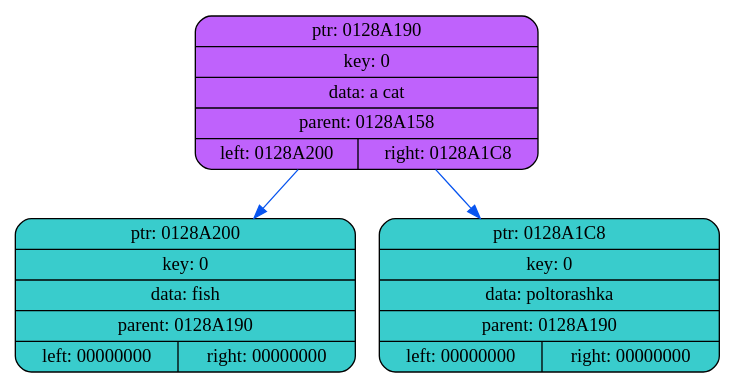
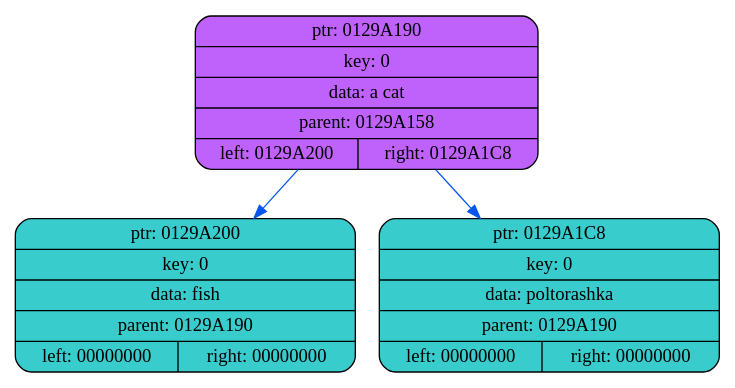
Before and after one commit to coffee8cat/akinator: the diagram in dump/dump1.dot, drawn with Graphviz. The commit also changed 13 other files, not shown here.

```diff
--- a/dump/dump1.dot
+++ b/dump/dump1.dot
@@ -1,10 +1,10 @@
 digraph
 {
     rankdir=TP
 
-        node0128A190[shape=record,style="rounded,filled",fillcolor="#BF62FC",label="{ ptr: 0128A190 | key: 0 | data: a cat| parent: 0128A158| { left: 0128A200 | right: 0128A1C8 }}"];
-    node0128A190 -> node0128A200[color="#0855F0"]
-    node0128A200[shape=record,style="rounded,filled",fillcolor="#39CCCC",label="{ ptr: 0128A200 | key: 0 | data: fish| parent: 0128A190 | { left: 00000000 | right: 00000000 }}"];
-    node0128A190 -> node0128A1C8[color="#0855F0"]
-    node0128A1C8[shape=record,style="rounded,filled",fillcolor="#39CCCC",label="{ ptr: 0128A1C8 | key: 0 | data: poltorashka| parent: 0128A190 | { left: 00000000 | right: 00000000 }}"];
+        node0129A190[shape=record,style="rounded,filled",fillcolor="#BF62FC",label="{ ptr: 0129A190 | key: 0 | data: a cat| parent: 0129A158| { left: 0129A200 | right: 0129A1C8 }}"];
+    node0129A190 -> node0129A200[color="#0855F0"]
+    node0129A200[shape=record,style="rounded,filled",fillcolor="#39CCCC",label="{ ptr: 0129A200 | key: 0 | data: fish| parent: 0129A190 | { left: 00000000 | right: 00000000 }}"];
+    node0129A190 -> node0129A1C8[color="#0855F0"]
+    node0129A1C8[shape=record,style="rounded,filled",fillcolor="#39CCCC",label="{ ptr: 0129A1C8 | key: 0 | data: poltorashka| parent: 0129A190 | { left: 00000000 | right: 00000000 }}"];
 }
```
